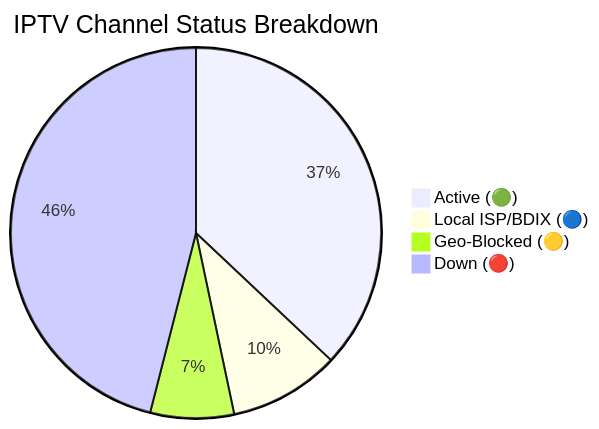
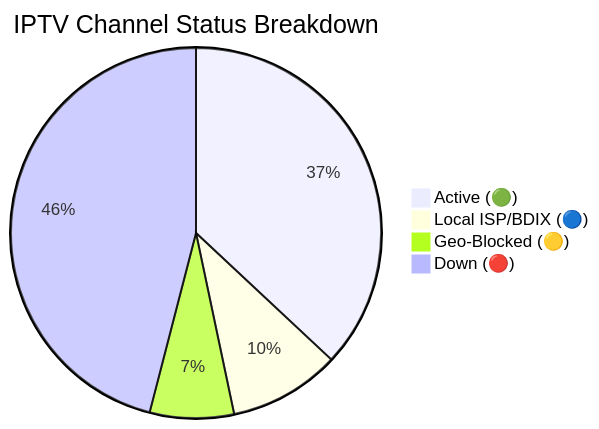
The diagram in README.md (andreataylord/Ip-tv-Collection), drawn with Mermaid before and after one commit. The commit also changed other lines of this file and 3 other files, not shown here.

````diff
--- a/README.md
+++ b/README.md
@@ -59,7 +59,7 @@
 ```mermaid
 pie title IPTV Channel Status Breakdown
-    "Active (🟢)" : 2940
-    "Local ISP/BDIX (🔵)" : 767
-    "Geo-Blocked (🟡)" : 579
-    "Down (🔴)" : 3654
+    "Active (🟢)" : 2924
+    "Local ISP/BDIX (🔵)" : 769
+    "Geo-Blocked (🟡)" : 580
+    "Down (🔴)" : 3636
 ```
````
